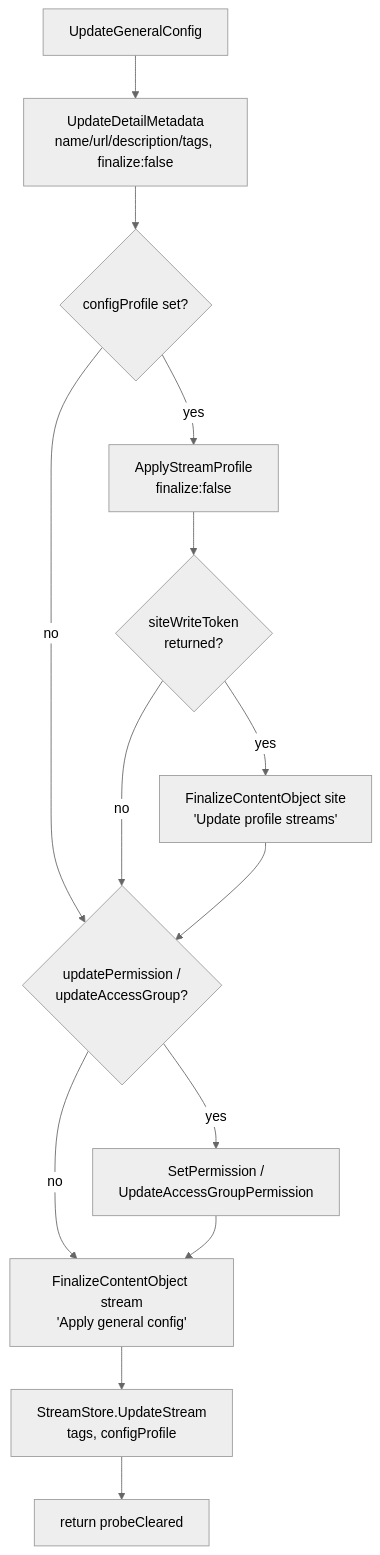
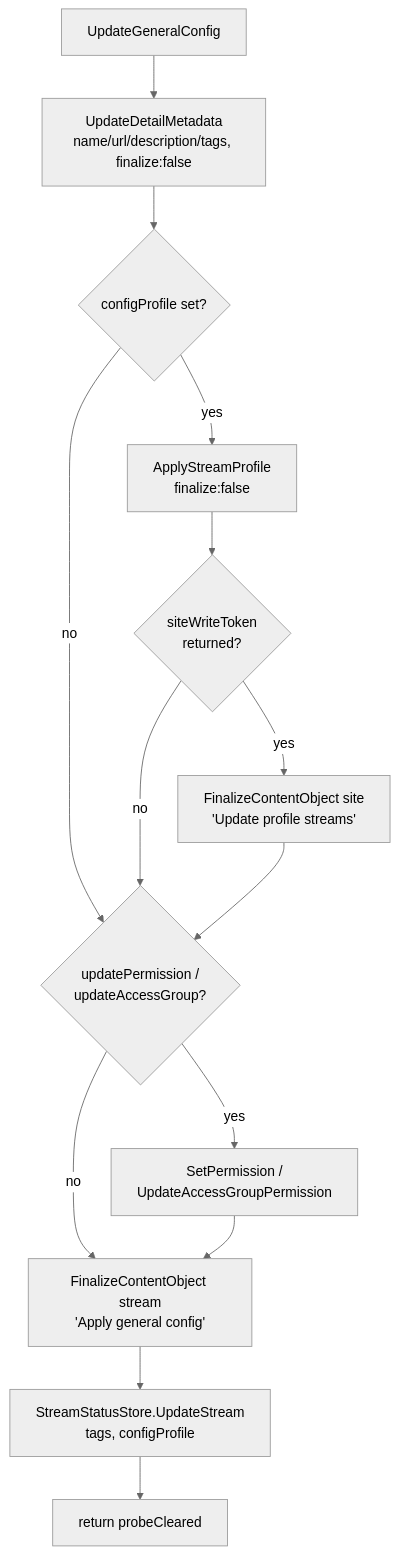
The second of 2 diagrams in docs/diagrams/profile-apply.md (eluv-io/elv-live-stream), drawn with Mermaid (neutral theme) before and after one commit. The commit also changed 48 other files, not shown here.

Commit message:
Give stream list single owner ; split StreamStore into StreamStatusStore and StreamDetailStore

````diff
--- a/docs/diagrams/profile-apply.md
+++ b/docs/diagrams/profile-apply.md
@@ -40,16 +40,16 @@
 ```mermaid
 flowchart TD
     A[UpdateGeneralConfig] --> B[UpdateDetailMetadata<br/>name/url/description/tags, finalize:false]
     B --> C{configProfile set?}
     C -->|no| G
     C -->|yes| D[ApplyStreamProfile<br/>finalize:false]
     D --> E{siteWriteToken<br/>returned?}
     E -->|yes| F[FinalizeContentObject site<br/>'Update profile streams']
     E -->|no| G
     F --> G{updatePermission /<br/>updateAccessGroup?}
     G -->|yes| H[SetPermission /<br/>UpdateAccessGroupPermission]
     G -->|no| I
     H --> I[FinalizeContentObject stream<br/>'Apply general config']
-    I --> J[StreamStore.UpdateStream<br/>tags, configProfile]
+    I --> J[StreamStatusStore.UpdateStream<br/>tags, configProfile]
     J --> K[return probeCleared]
 ```
````
